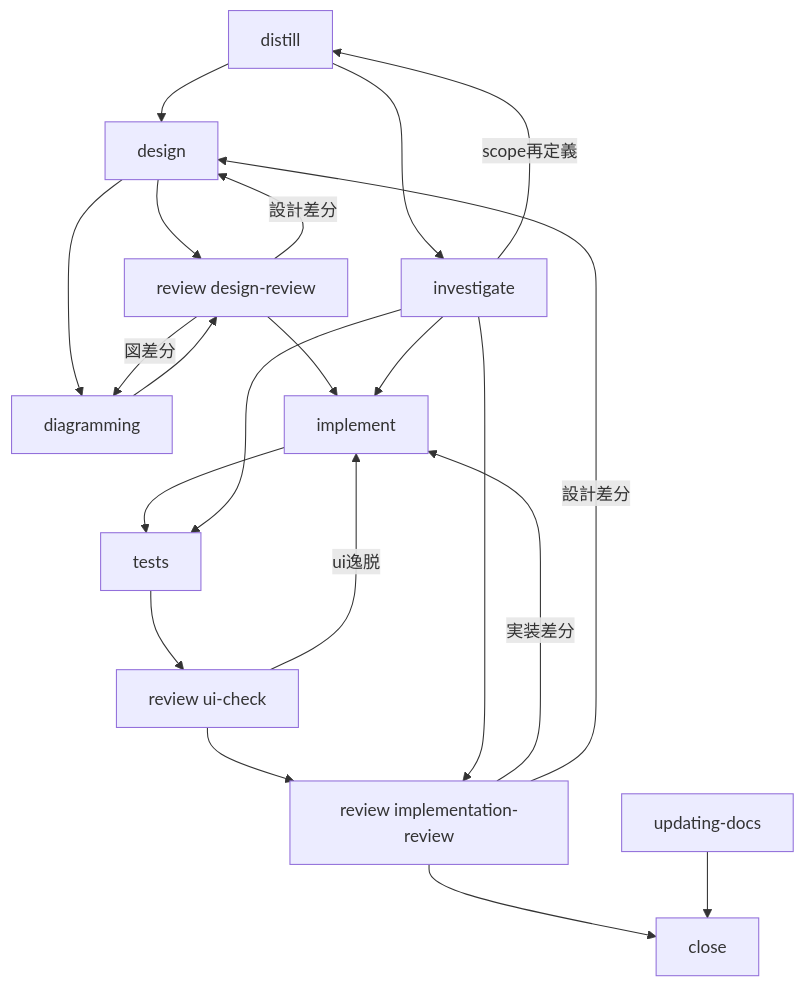
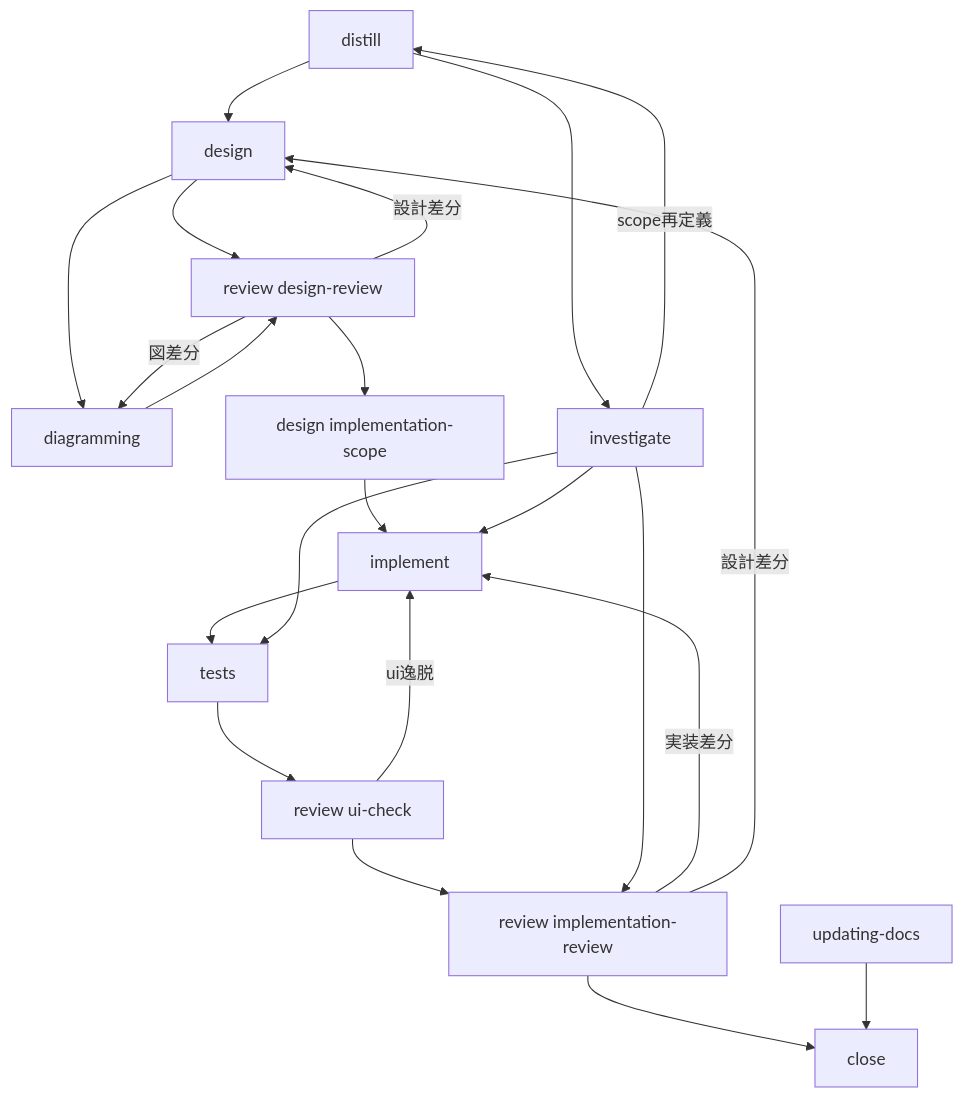
Before and after one commit to ishibata91/AITranslationEngineJP: the diagram in .codex/workflow.md, drawn with Mermaid. The commit also changed other lines of this file and 28 other files, not shown here.

````diff
--- a/.codex/workflow.md
+++ b/.codex/workflow.md
@@ -6,28 +6,29 @@
 ```mermaid
 flowchart TD
     A[distill]
     B[design]
     C[diagramming]
     D[implement]
     E[tests]
     F[review design-review]
     G[review ui-check]
     H[review implementation-review]
     I[investigate]
     K[updating-docs]
     J[close]
 
     A --> B --> F
     B --> C --> F
-    F --> D --> E --> G --> H --> J
+    F --> L[design implementation-scope]
+    L --> D --> E --> G --> H --> J
     A --> I --> D
     I --> E
     I --> H
     G -- ui逸脱 --> D
     H -- 実装差分 --> D
     H -- 設計差分 --> B
     F -- 設計差分 --> B
     F -- 図差分 --> C
     I -- scope再定義 --> A
     K --> J
 ```
````
